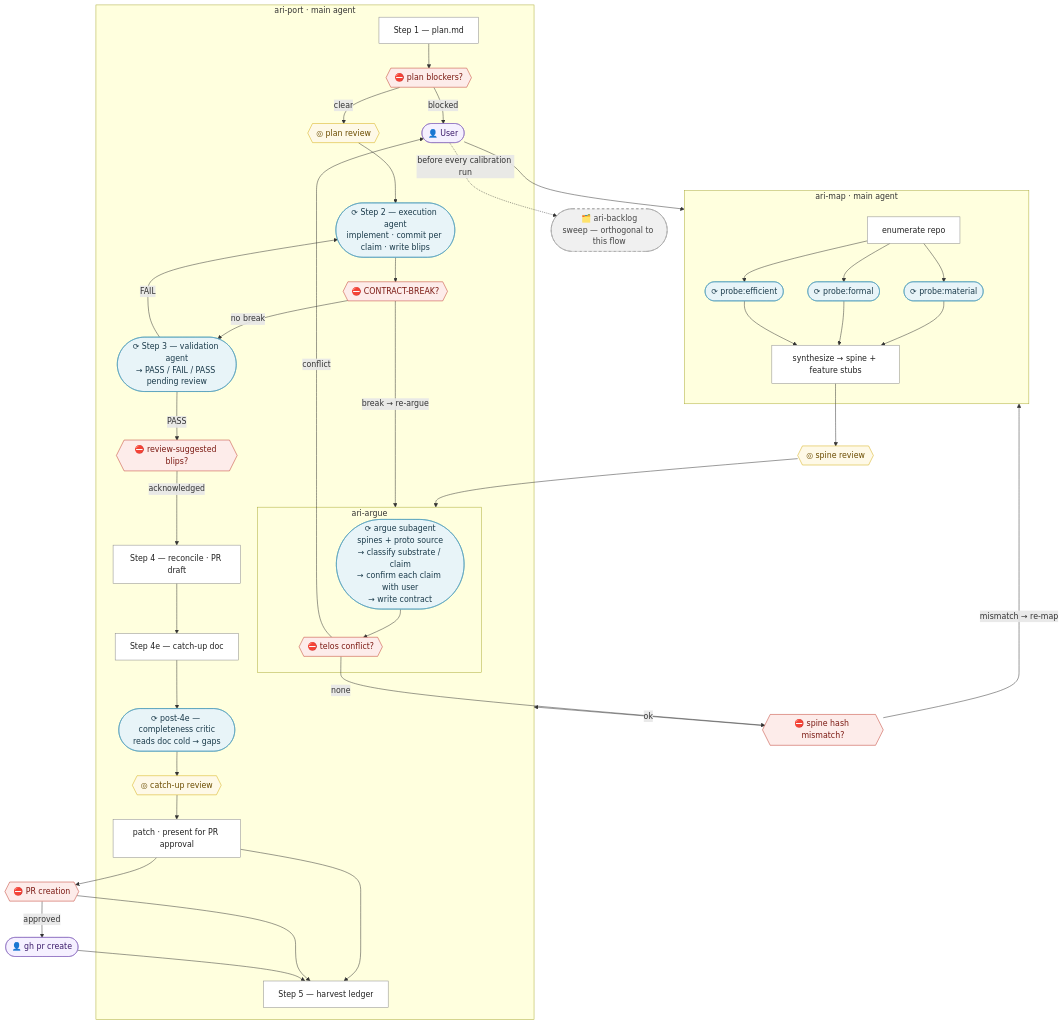
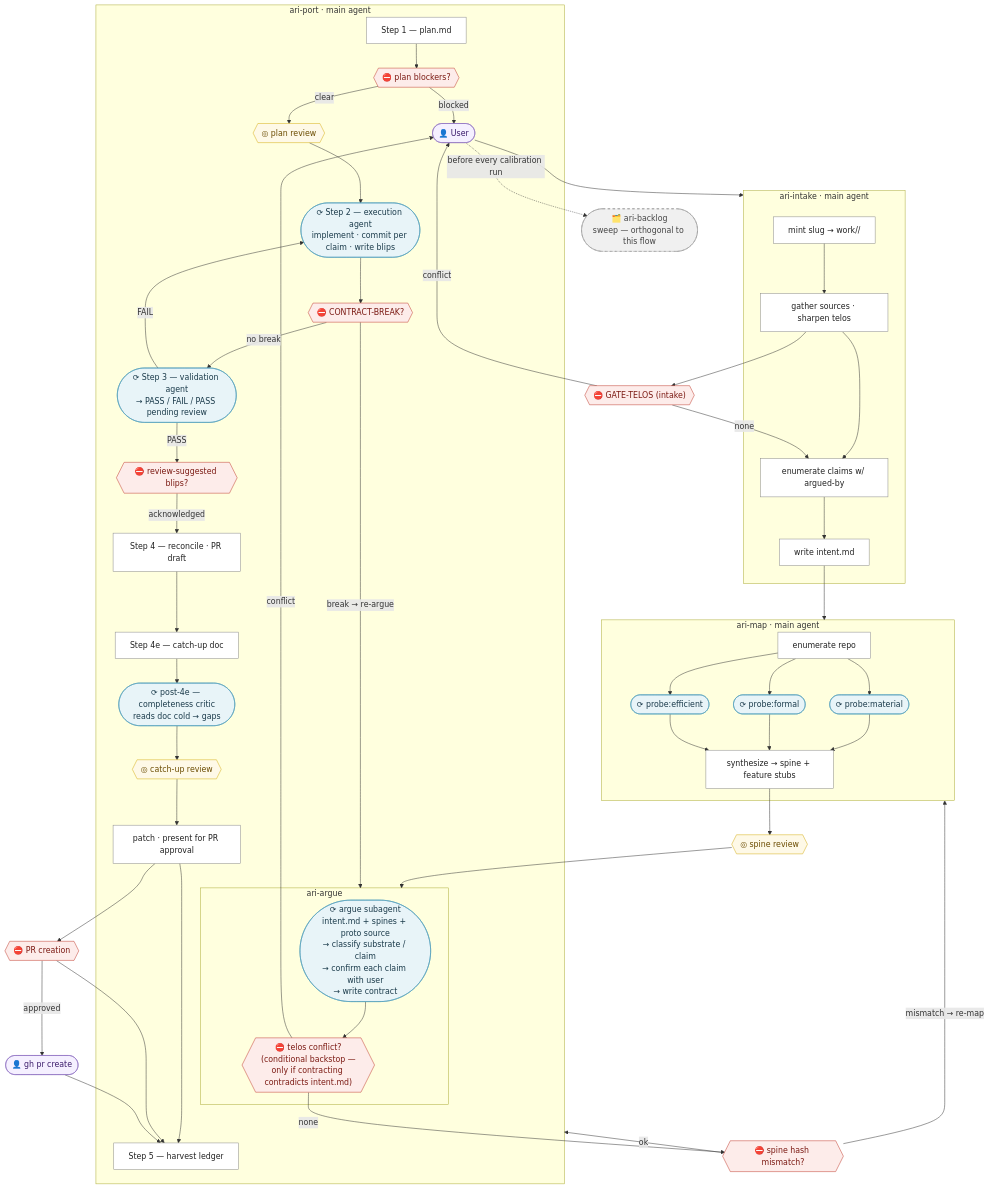
Before and after one commit to wmorgus/anima-lite: the diagram in README.md, drawn with Mermaid. The commit also changed other lines of this file and 7 other files, not shown here.

First line of the commit message:
feat(ari-intake): new upstream skill — telos-sharpening + everything-argued-for (PIN-27)

````diff
--- a/README.md
+++ b/README.md
@@ -58,7 +60,21 @@
 ```mermaid
 flowchart TD
-    USER(["👤 User"]) --> ARIMAP
+    USER(["👤 User"]) --> ARIINTAKE
     USER -.->|"before every calibration run"| BACKLOG(["🗂️ ari-backlog\nsweep — orthogonal to this flow"])
+
+    subgraph ARIINTAKE["ari-intake  ·  main agent"]
+        AI1["mint slug → work/<slug>/"]
+        AI2["gather sources · sharpen telos"]
+        AI3["enumerate claims w/ argued-by"]
+        AI4["write intent.md"]
+        AI1 --> AI2 --> AI3 --> AI4
+    end
+
+    ITELOS{{"⛔ GATE-TELOS (intake)"}}
+    AI2 --> ITELOS
+    ITELOS -- none --> AI3
+    ITELOS -- conflict --> USER
+    AI4 --> ARIMAP
 
     subgraph ARIMAP["ari-map  ·  main agent"]
         AM1["enumerate repo"]
@@ -73,8 +89,8 @@
     OPT1 --> ARIARGUE
 
     subgraph ARIARGUE["ari-argue"]
-        AA(["⟳ argue subagent\nspines + proto source\n→ classify substrate / claim\n→ confirm each claim with user\n→ write contract"])
-        TELOS{{"⛔ telos conflict?"}}
+        AA(["⟳ argue subagent\nintent.md + spines + proto source\n→ classify substrate / claim\n→ confirm each claim with user\n→ write contract"])
+        TELOS{{"⛔ telos conflict?\n(conditional backstop —\nonly if contracting contradicts intent.md)"}}
         AA --> TELOS
     end
 
@@ -124,9 +140,9 @@
     classDef orth  fill:#f0f0f0,stroke:#999,color:#444,stroke-dasharray: 5 5
 
     class AM2,AM3,AM4,AA,AP2,AP3,AP6 sub
-    class AM1,AM5,AP1,AP4,AP5,AP7,AP8 main
+    class AI1,AI2,AI3,AI4,AM1,AM5,AP1,AP4,AP5,AP7,AP8 main
     class USER,GH user
-    class TELOS,HASHCHECK,BLOCKER,BREAK,BLIPS,PRGATE req
+    class ITELOS,TELOS,HASHCHECK,BLOCKER,BREAK,BLIPS,PRGATE req
     class OPT1,OPT2,OPT3 opt
     class BACKLOG orth
 ```
````
